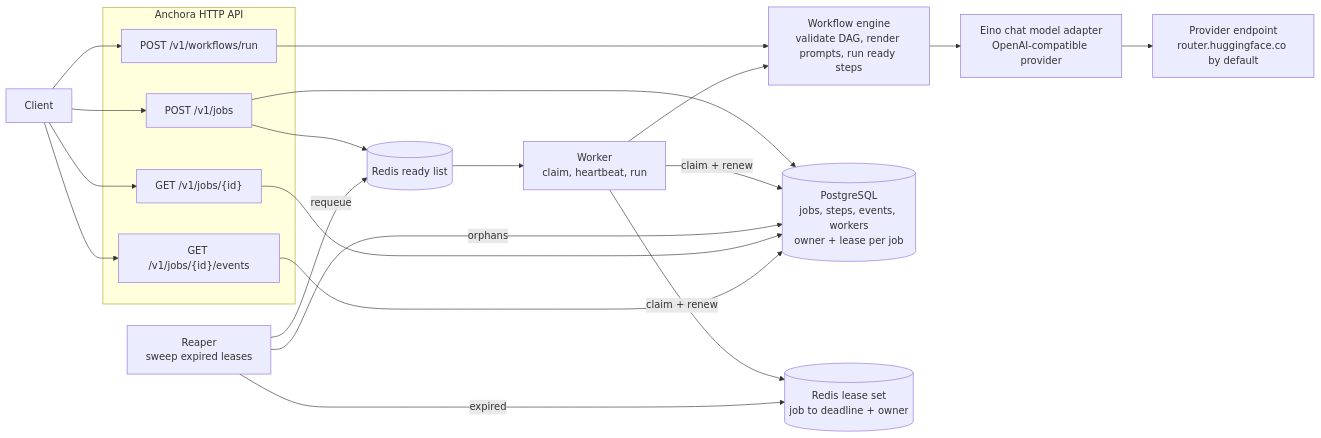
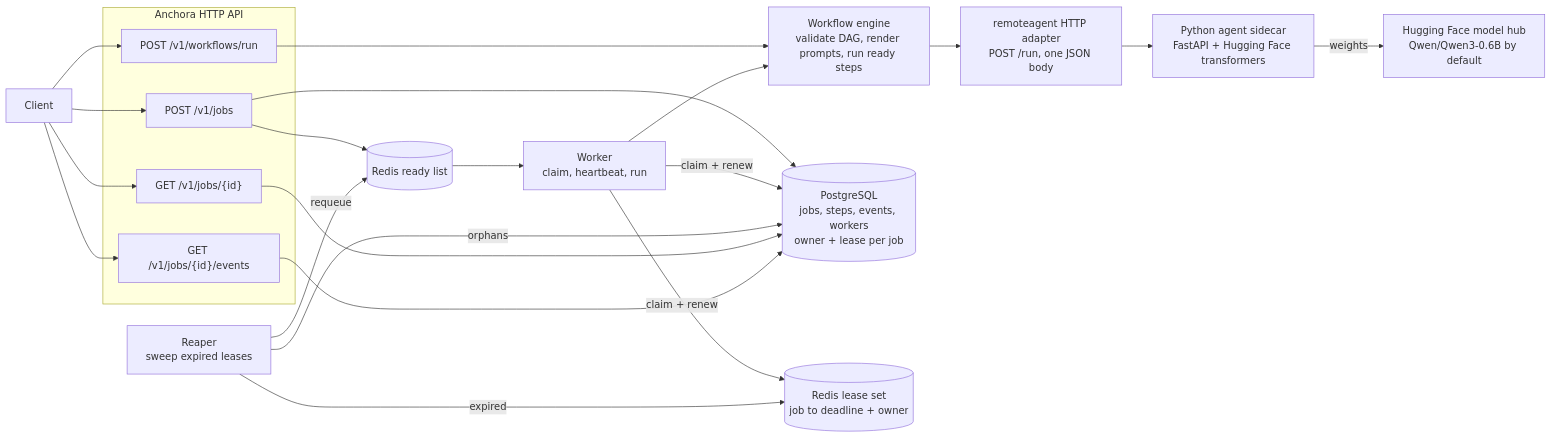
One commit to sagnikc395/anchora changed the second of 2 diagrams in README.md. Above: the diagram before and after it, drawn with Mermaid. The commit also changed other lines of this file and 26 other files, not shown here.

````diff
--- a/README.md
+++ b/README.md
@@ -111,39 +112,41 @@
 ```mermaid
 flowchart LR
     Client[Client]
 
     subgraph HTTP[Anchora HTTP API]
         Sync["POST /v1/workflows/run"]
         Submit["POST /v1/jobs"]
         Get["GET /v1/jobs/{id}"]
         Events["GET /v1/jobs/{id}/events"]
     end
 
     Engine["Workflow engine<br/>validate DAG, render prompts, run ready steps"]
-    HF["Eino chat model adapter<br/>OpenAI-compatible provider"]
+    Adapter["remoteagent HTTP adapter<br/>POST /run, one JSON body"]
+    Sidecar["Python agent sidecar<br/>FastAPI + Hugging Face transformers"]
     DB[("PostgreSQL<br/>jobs, steps, events, workers<br/>owner + lease per job")]
     Ready[("Redis ready list")]
     Leases[("Redis lease set<br/>job to deadline + owner")]
     Worker["Worker<br/>claim, heartbeat, run"]
     Reaper["Reaper<br/>sweep expired leases"]
-    HFRouter["Provider endpoint<br/>router.huggingface.co by default"]
+    Hub["Hugging Face model hub<br/>Qwen/Qwen3-0.6B by default"]
 
     Client --> Sync
     Sync --> Engine
-    Engine --> HF
-    HF --> HFRouter
+    Engine --> Adapter
+    Adapter --> Sidecar
+    Sidecar -- weights --> Hub
     Client --> Submit
     Submit --> DB
     Submit --> Ready
     Ready --> Worker
     Worker -- claim + renew --> Leases
     Worker -- claim + renew --> DB
     Worker --> Engine
     Reaper -- expired --> Leases
     Reaper -- requeue --> Ready
     Reaper -- orphans --> DB
     Client --> Get
     Get --> DB
     Client --> Events
     Events --> DB
 ```
````
